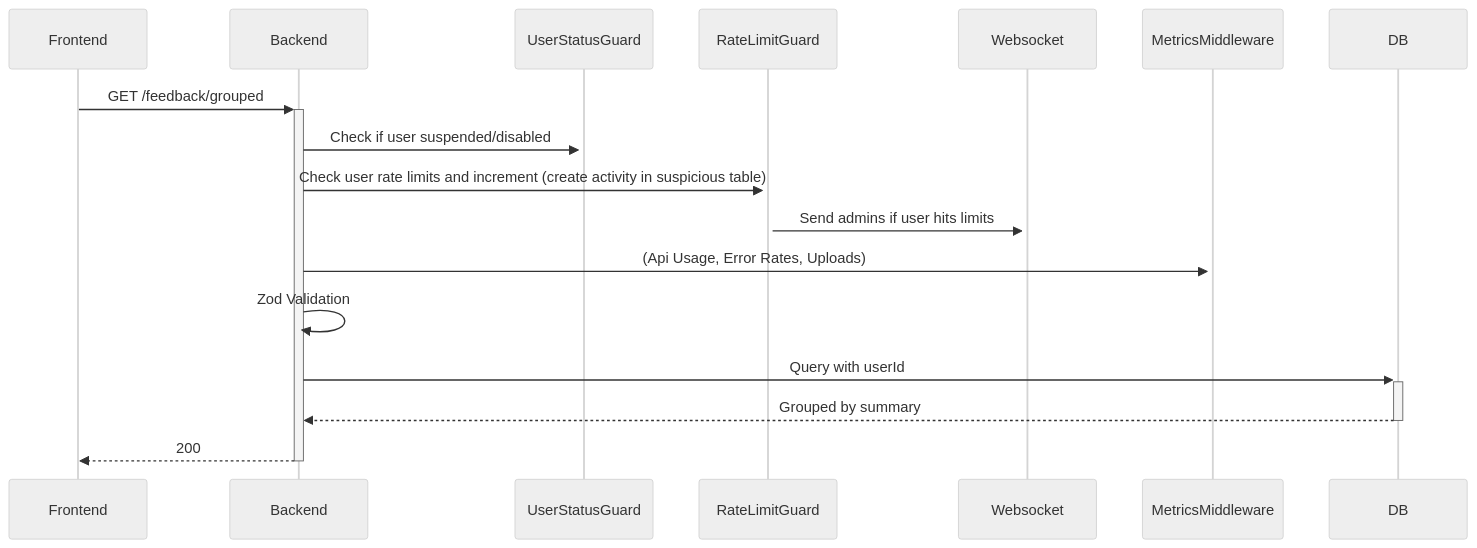
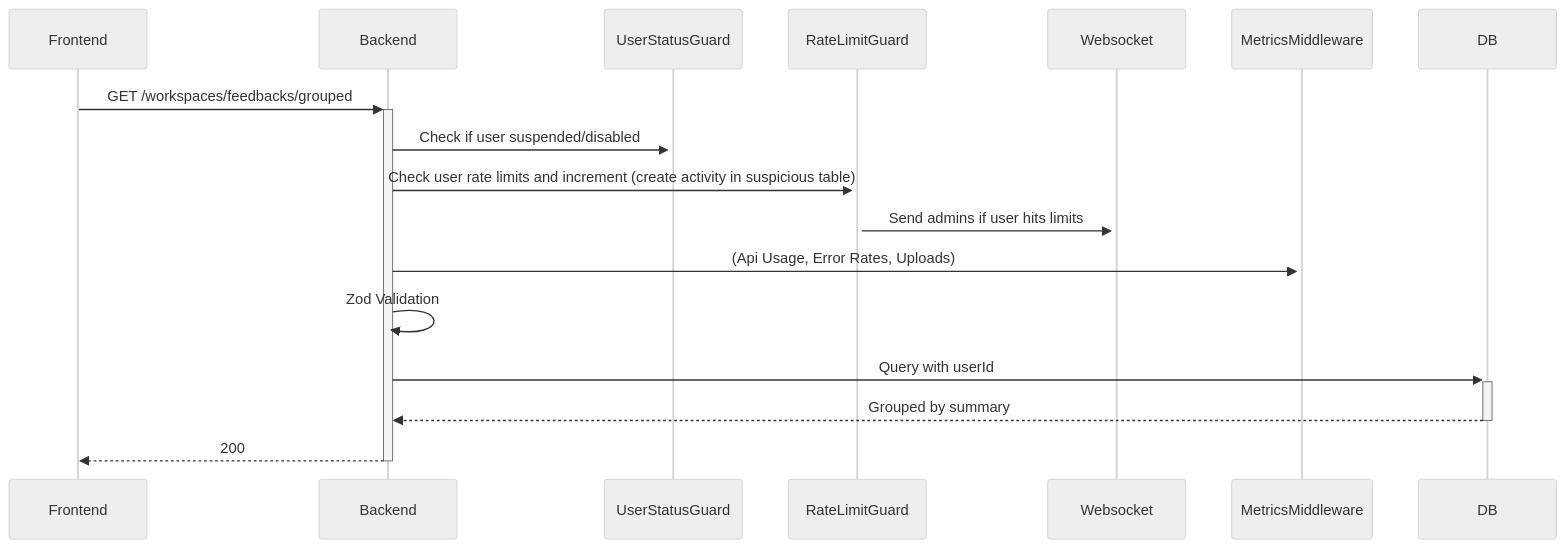
The tenth of 33 diagrams in README.md (Xayrulloh/Feedback-Sentiment), drawn with Mermaid (neutral theme) before and after one commit. The commit also changed other lines of this file, not shown here.

````diff
--- a/README.md
+++ b/README.md
@@ -254,12 +291,12 @@
 ```mermaid
 sequenceDiagram
-    Frontend->>+Backend: GET /feedback/grouped
+    Frontend->>+Backend: GET /workspaces/feedbacks/grouped
     Backend->>+UserStatusGuard: Check if user suspended/disabled
     Backend->>+RateLimitGuard: Check user rate limits and increment (create activity in suspicious table)
     RateLimitGuard->>+Websocket: Send admins if user hits limits
     Backend->>+MetricsMiddleware: (Api Usage, Error Rates, Uploads)
     Backend->>Backend: Zod Validation
     Backend->>+DB: Query with userId
     DB-->>-Backend: Grouped by summary 
     Backend-->>-Frontend: 200
 ```
````
